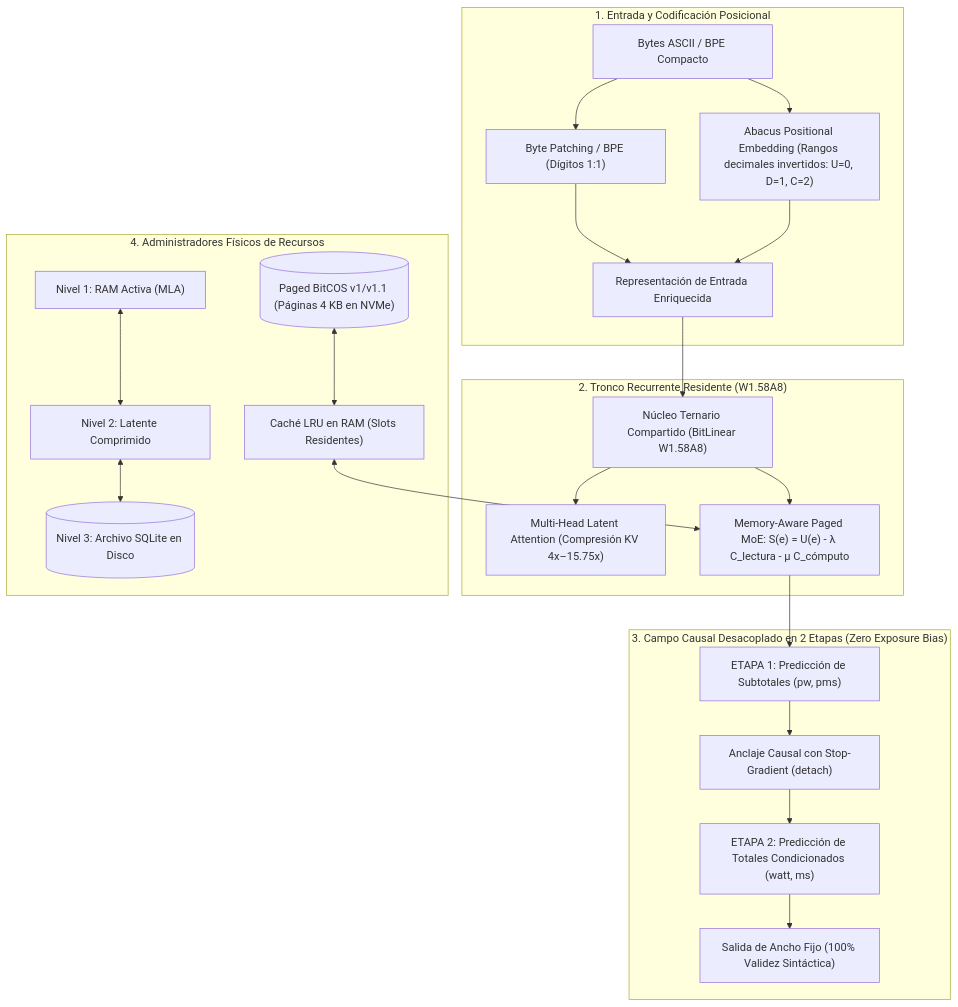
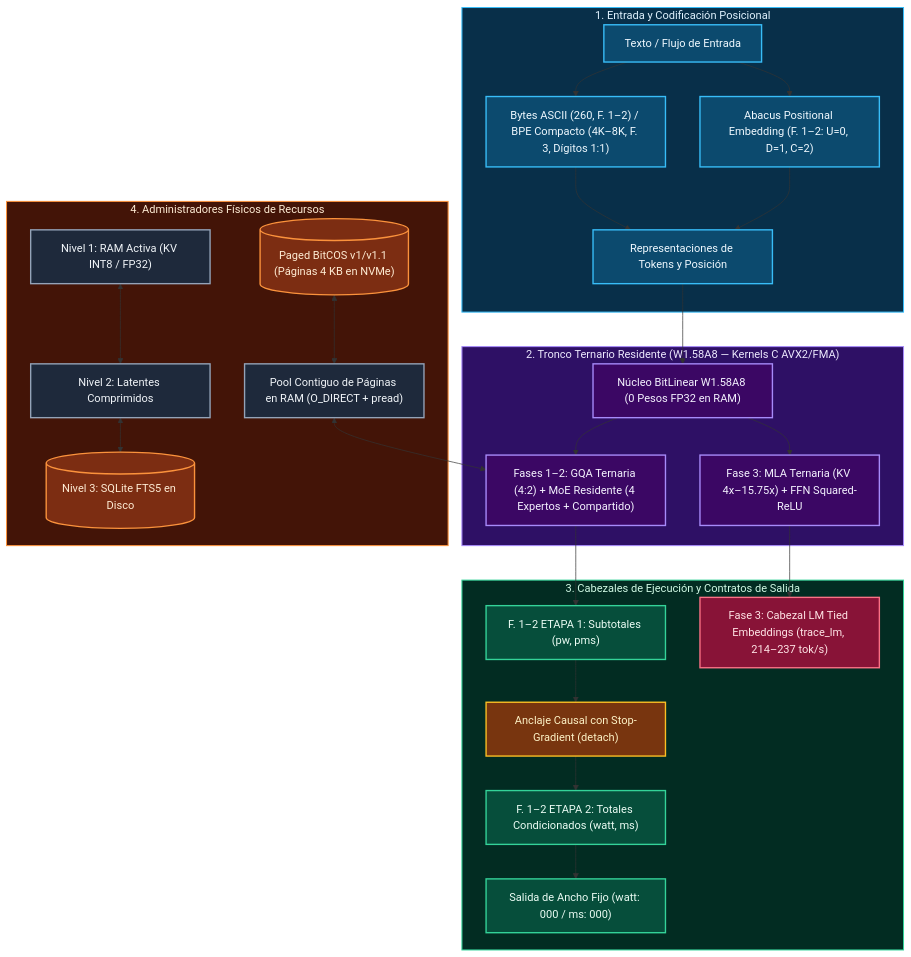
One commit to Miguel19x/Basic-Lite-TRACE changed the diagram in README.es.md. Above: the diagram before and after it, drawn with Mermaid. The commit also changed 3 other files, not shown here.

Commit message:
docs(readme): align architecture diagram with codebase, add color palette and dark-theme training curve SVGs

````diff
--- a/README.es.md
+++ b/README.es.md
@@ -94,27 +94,41 @@
 ```mermaid
 flowchart TD
     subgraph InputStage ["1. Entrada y Codificación Posicional"]
-        RawBytes["Bytes ASCII / BPE Compacto"] --> BytePatch["Byte Patching / BPE (Dígitos 1:1)"]
-        RawBytes --> AbacusLayer["Abacus Positional Embedding (Rangos decimales invertidos: U=0, D=1, C=2)"]
-        BytePatch & AbacusLayer --> CombinedEmbed["Representación de Entrada Enriquecida"]
+        RawBytes["Texto / Flujo de Entrada"]:::input --> BytePatch["Bytes ASCII (260, F. 1–2) / BPE Compacto (4K–8K, F. 3, Dígitos 1:1)"]:::input
+        RawBytes --> AbacusLayer["Abacus Positional Embedding (F. 1–2: U=0, D=1, C=2)"]:::input
+        BytePatch & AbacusLayer --> CombinedEmbed["Representaciones de Tokens y Posición"]:::input
     end
 
-    subgraph CoreTernary ["2. Tronco Recurrente Residente (W1.58A8)"]
-        CombinedEmbed --> SharedCore["Núcleo Ternario Compartido (BitLinear W1.58A8)"]
-        SharedCore --> MLA["Multi-Head Latent Attention (Compresión KV 4x–15.75x)"]
-        SharedCore --> PagedMoE["Memory-Aware Paged MoE: S(e) = U(e) - λ C_lectura - μ C_cómputo"]
+    subgraph CoreTernary ["2. Tronco Ternario Residente (W1.58A8 — Kernels C AVX2/FMA)"]
+        CombinedEmbed --> SharedCore["Núcleo BitLinear W1.58A8 (0 Pesos FP32 en RAM)"]:::core
+        SharedCore --> MLA["Fase 3: MLA Ternaria (KV 4x–15.75x) + FFN Squared-ReLU"]:::core
+        SharedCore --> PagedMoE["Fases 1–2: GQA Ternaria (4:2) + MoE Residente (4 Expertos + Compartido)"]:::core
     end
 
-    subgraph TwoStageField ["3. Campo Causal Desacoplado en 2 Etapas (Zero Exposure Bias)"]
-        PagedMoE --> Stage1["ETAPA 1: Predicción de Subtotales (pw, pms)"]
-        Stage1 --> CausalAnchor["Anclaje Causal con Stop-Gradient (detach)"]
-        CausalAnchor --> Stage2["ETAPA 2: Predicción de Totales Condicionados (watt, ms)"]
-        Stage2 --> OutputBytes["Salida de Ancho Fijo (100% Validez Sintáctica)"]
+    subgraph TwoStageField ["3. Cabezales de Ejecución y Contratos de Salida"]
+        PagedMoE --> Stage1["F. 1–2 ETAPA 1: Subtotales (pw, pms)"]:::causal
+        Stage1 --> CausalAnchor["Anclaje Causal con Stop-Gradient (detach)"]:::gate
+        CausalAnchor --> Stage2["F. 1–2 ETAPA 2: Totales Condicionados (watt, ms)"]:::causal
+        Stage2 --> OutputBytes["Salida de Ancho Fijo (watt: 000 / ms: 000)"]:::causal
+        MLA --> LMHead["Fase 3: Cabezal LM Tied Embeddings (trace_lm, 214–237 tok/s)"]:::lm
     end
 
     subgraph MemoryHierarchy ["4. Administradores Físicos de Recursos"]
-        PagedBitCOS[("Paged BitCOS v1/v1.1 (Páginas 4 KB en NVMe)")] <--> LRUCache["Caché LRU en RAM (Slots Residentes)"]
-        LRUCache <--> PagedMoE
-        L1RAM["Nivel 1: RAM Activa (MLA)"] <--> L2Latent["Nivel 2: Latente Comprimido"] <--> L3SQLite[("Nivel 3: Archivo SQLite en Disco")]
+        PagedBitCOS[("Paged BitCOS v1/v1.1 (Páginas 4 KB en NVMe)")]:::storage <--> PagePool["Pool Contiguo de Páginas en RAM (O_DIRECT + pread)"]:::runtime
+        PagePool <--> PagedMoE
+        L1RAM["Nivel 1: RAM Activa (KV INT8 / FP32)"]:::runtime <--> L2Latent["Nivel 2: Latentes Comprimidos"]:::runtime <--> L3SQLite[("Nivel 3: SQLite FTS5 en Disco")]:::storage
     end
+
+    classDef input fill:#0c4a6e,stroke:#38bdf8,stroke-width:2px,color:#f0f9ff
+    classDef core fill:#3b0764,stroke:#a78bfa,stroke-width:2px,color:#f5f3ff
+    classDef causal fill:#064e3b,stroke:#34d399,stroke-width:2px,color:#ecfdf5
+    classDef gate fill:#78350f,stroke:#fbbf24,stroke-width:2px,color:#fef3c7
+    classDef lm fill:#881337,stroke:#fb7185,stroke-width:2px,color:#ffe4e6
+    classDef runtime fill:#1e293b,stroke:#94a3b8,stroke-width:2px,color:#f1f5f9
+    classDef storage fill:#7c2d12,stroke:#fb923c,stroke-width:2px,color:#ffedd5
+
+    style InputStage fill:#082f49,stroke:#38bdf8,stroke-width:1.5px,color:#e0f2fe
+    style CoreTernary fill:#2e1065,stroke:#a78bfa,stroke-width:1.5px,color:#ede9fe
+    style TwoStageField fill:#022c22,stroke:#34d399,stroke-width:1.5px,color:#d1fae5
+    style MemoryHierarchy fill:#431407,stroke:#fb923c,stroke-width:1.5px,color:#ffedd5
 ```
````
